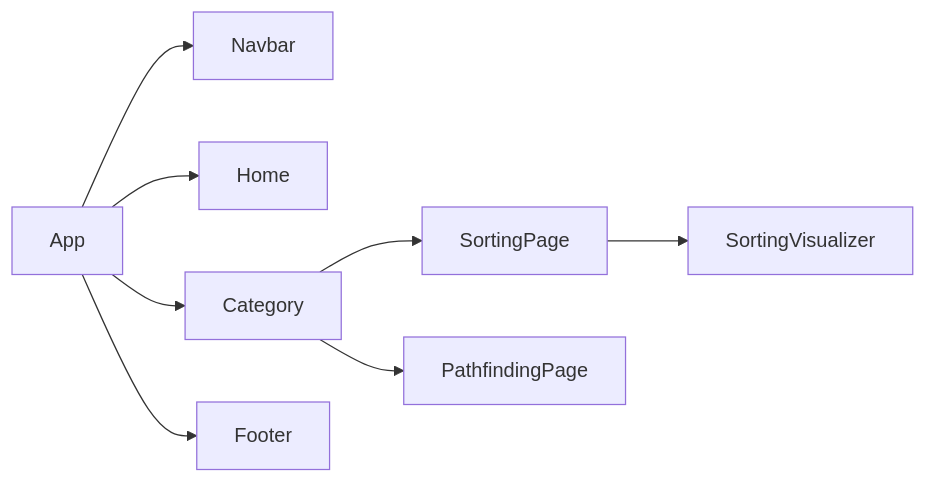
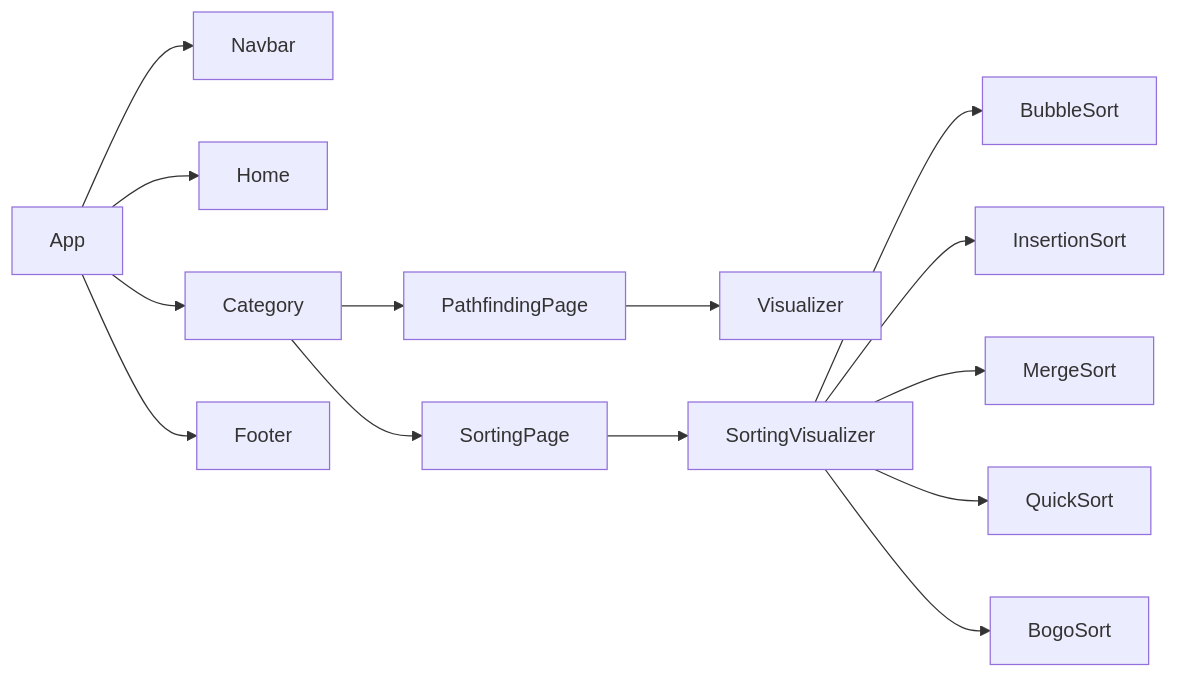
Before and after one commit to SinfulHymn/Algo-Visualizer: the diagram in README.md, drawn with Mermaid. The commit also changed other lines of this file, not shown here.

````diff
--- a/README.md
+++ b/README.md
@@ -34,12 +34,18 @@
 ```mermaid
 flowchart LR
 App-->Navbar
 App-->Home
 App-->Category
 Category-->SortingPage
 Category-->PathfindingPage
+PathfindingPage-->Visualizer
 SortingPage-->SortingVisualizer
+SortingVisualizer-->BubbleSort
+SortingVisualizer-->InsertionSort
+SortingVisualizer-->MergeSort
+SortingVisualizer-->QuickSort
+SortingVisualizer-->BogoSort
 App-->Footer
 
 
 ```
````
